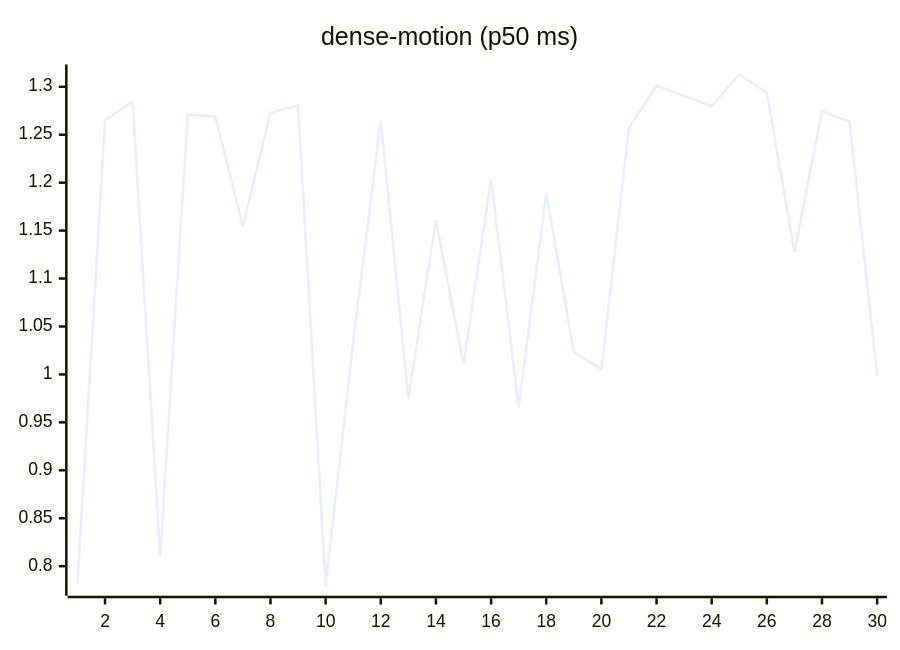
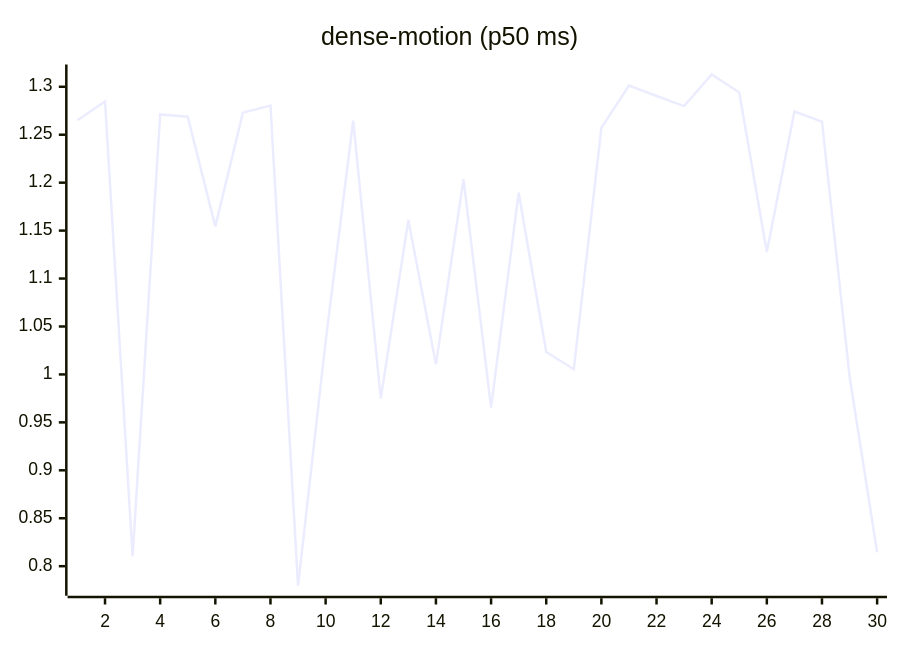
The ninth of 27 diagrams in README.md (josha/Facet), drawn with Mermaid before and after one commit. The commit also changed other lines of this file and 2 other files, not shown here.

````diff
--- a/README.md
+++ b/README.md
@@ -119,6 +119,6 @@
 ```mermaid
 xychart-beta
     title "dense-motion (p50 ms)"
     x-axis 1 --> 30
-    line [0.7822, 1.2651, 1.2846, 0.8102, 1.2712, 1.2688, 1.1544, 1.2730, 1.2805, 0.7796, 1.0341, 1.2646, 0.9749, 1.1610, 1.0105, 1.2037, 0.9653, 1.1895, 1.0233, 1.0054, 1.2572, 1.3012, 1.2904, 1.2798, 1.3128, 1.2940, 1.1276, 1.2742, 1.2636, 0.9981]
+    line [1.2651, 1.2846, 0.8102, 1.2712, 1.2688, 1.1544, 1.2730, 1.2805, 0.7796, 1.0341, 1.2646, 0.9749, 1.1610, 1.0105, 1.2037, 0.9653, 1.1895, 1.0233, 1.0054, 1.2572, 1.3012, 1.2904, 1.2798, 1.3128, 1.2940, 1.1276, 1.2742, 1.2636, 0.9981, 0.8144]
 ```
````
